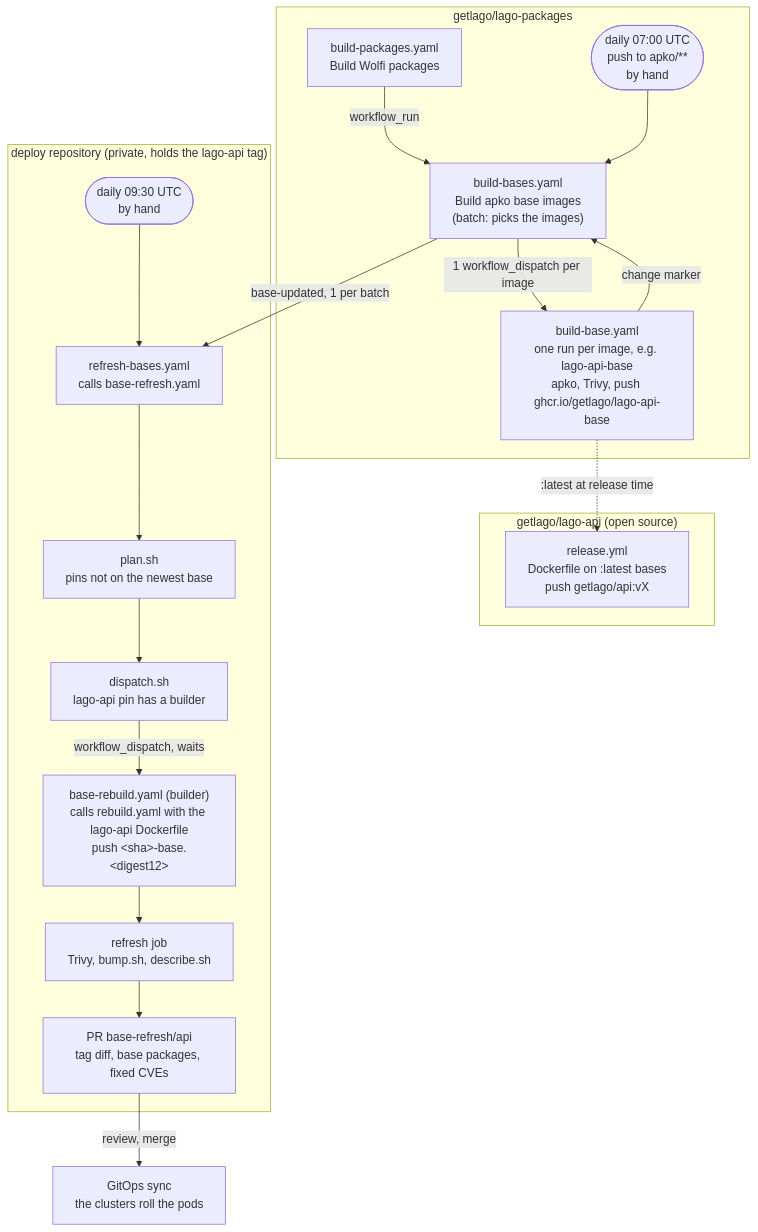
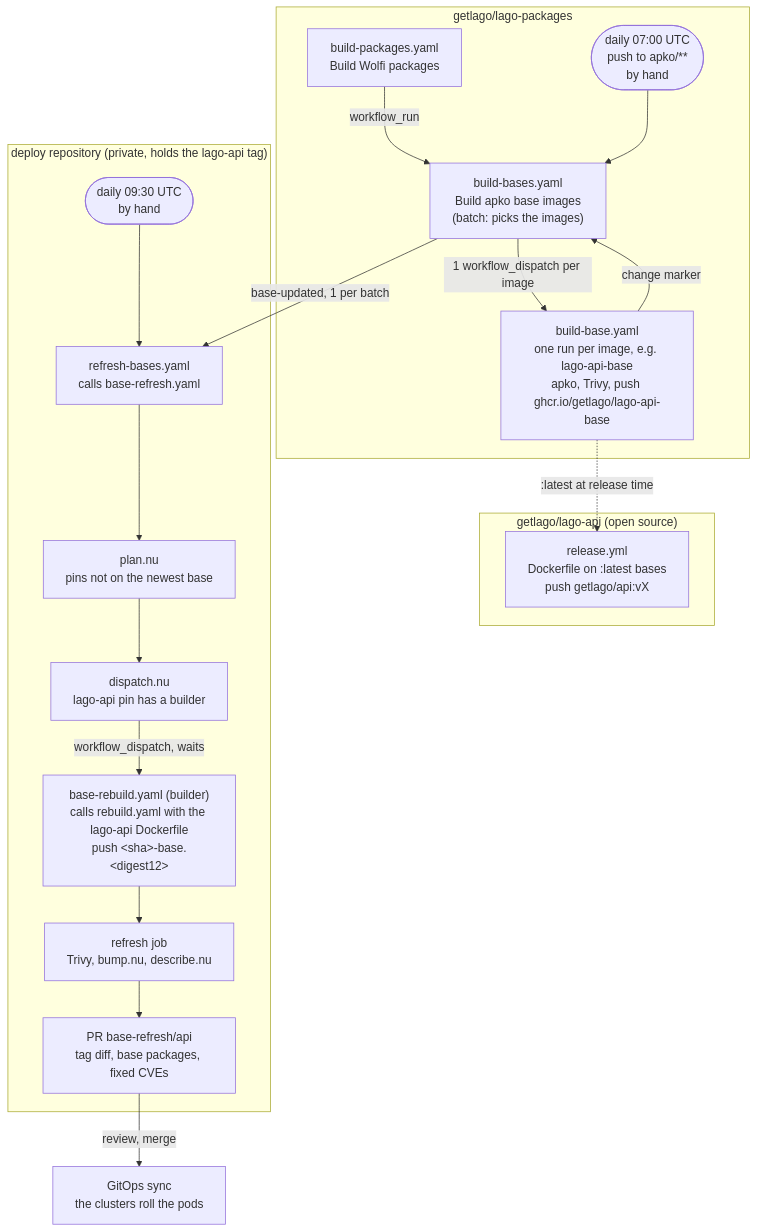
Before and after one commit to getlago/lago-packages: the diagram in README.md, drawn with Mermaid. The commit also changed other lines of this file and 15 other files, not shown here.

First line of the commit message:
feat(base-refresh): rewrite the base pipeline in nushell

````diff
--- a/README.md
+++ b/README.md
@@ -86,32 +86,32 @@
 ```mermaid
 flowchart TD
   subgraph LP["getlago/lago-packages"]
     PK["build-packages.yaml<br/>Build Wolfi packages"]
     T1(["daily 07:00 UTC<br/>push to apko/**<br/>by hand"])
     BB["build-bases.yaml<br/>Build apko base images<br/>(batch: picks the images)"]
     BI["build-base.yaml<br/>one run per image, e.g. lago-api-base<br/>apko, Trivy, push ghcr.io/getlago/lago-api-base"]
     PK -- "workflow_run" --> BB
     T1 --> BB
     BB -- "1 workflow_dispatch per image" --> BI
     BI -- "change marker" --> BB
   end
   subgraph API["getlago/lago-api (open source)"]
     REL["release.yml<br/>Dockerfile on :latest bases<br/>push getlago/api:vX"]
   end
   subgraph CO["deploy repository (private, holds the lago-api tag)"]
     T2(["daily 09:30 UTC<br/>by hand"])
     RB["refresh-bases.yaml<br/>calls base-refresh.yaml"]
-    PL["plan.sh<br/>pins not on the newest base"]
-    DI["dispatch.sh<br/>lago-api pin has a builder"]
+    PL["plan.nu<br/>pins not on the newest base"]
+    DI["dispatch.nu<br/>lago-api pin has a builder"]
     BR["base-rebuild.yaml (builder)<br/>calls rebuild.yaml with the lago-api Dockerfile<br/>push &lt;sha&gt;-base.&lt;digest12&gt;"]
-    RF["refresh job<br/>Trivy, bump.sh, describe.sh"]
+    RF["refresh job<br/>Trivy, bump.nu, describe.nu"]
     PR["PR base-refresh/api<br/>tag diff, base packages, fixed CVEs"]
     T2 --> RB --> PL --> DI
     RF --> PR
   end
   BI -. ":latest at release time" .-> REL
   BB -- "base-updated, 1 per batch" --> RB
   DI -- "workflow_dispatch, waits" --> BR
   BR --> RF
   PR -- "review, merge" --> GO["GitOps sync<br/>the clusters roll the pods"]
 ```
````
